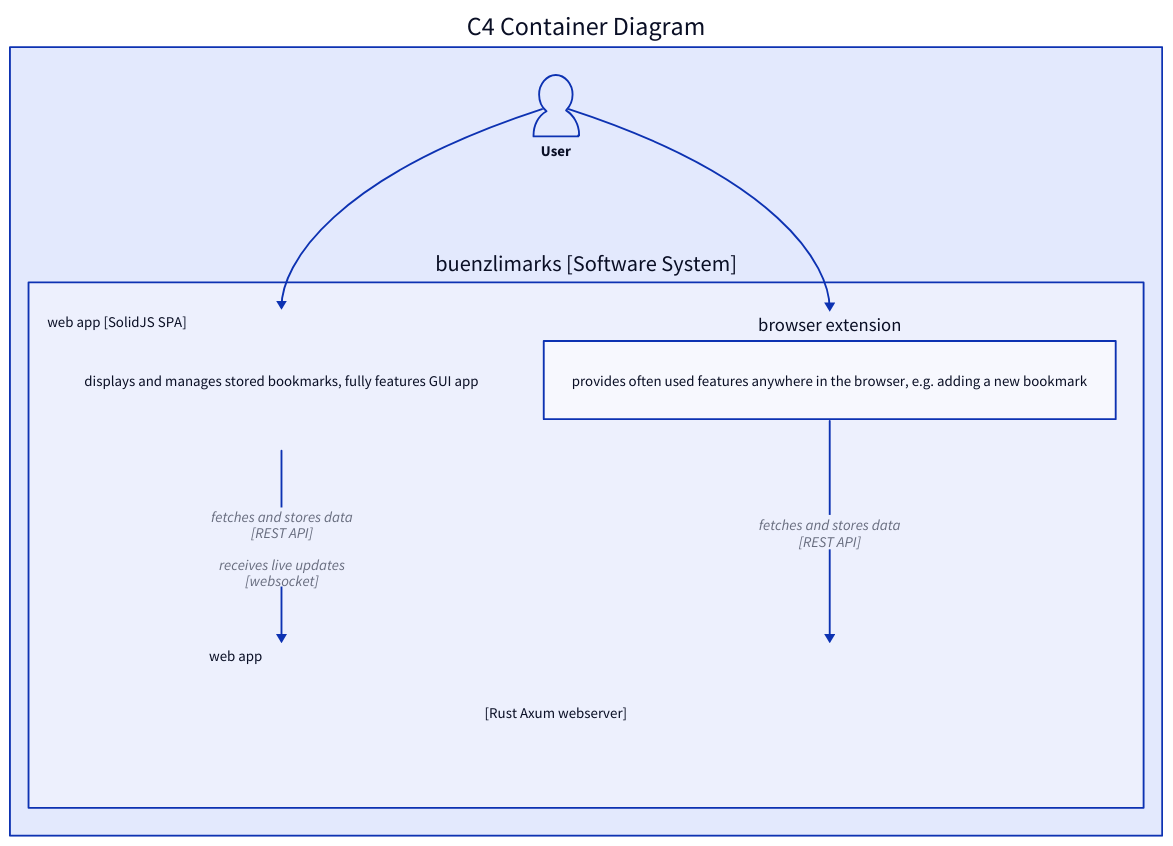
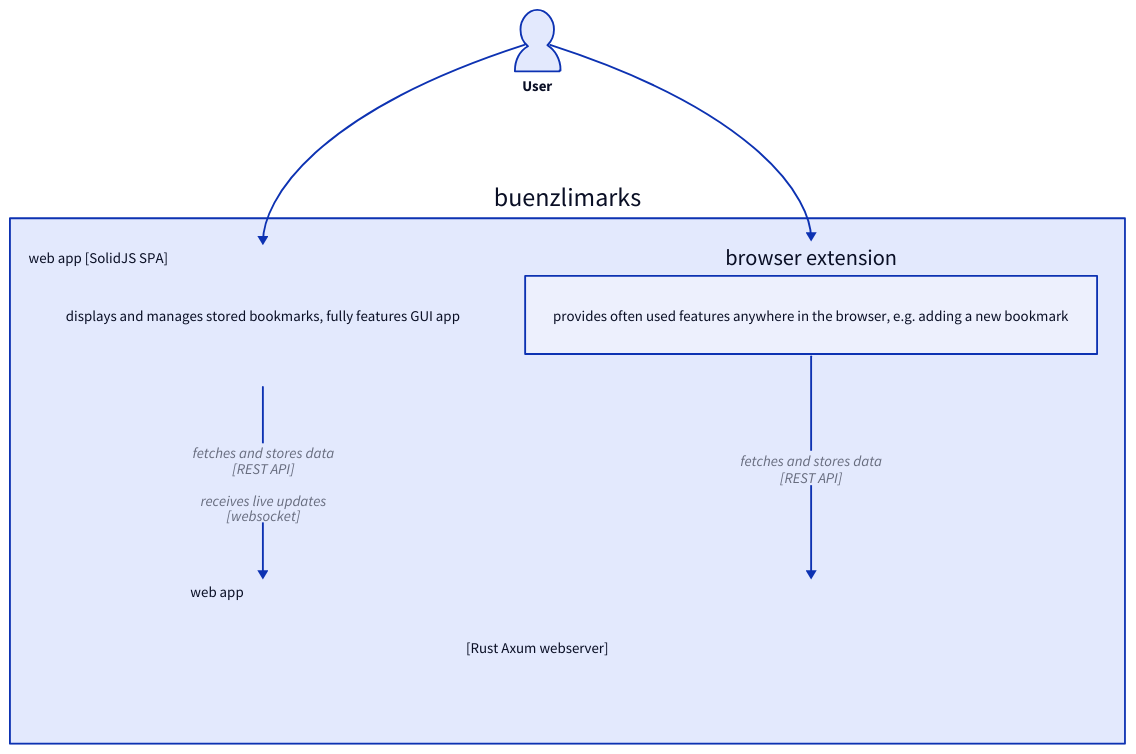
Before and after one commit to senekor/buenzlimarks: the diagram in docs/arc42/d2/container.d2, drawn with D2. The commit also changed 9 other files, not shown here.

Commit message:
improve diagrams

```diff
--- a/docs/arc42/d2/container.d2
+++ b/docs/arc42/d2/container.d2
@@ -1,56 +1,51 @@
-C4 Container Diagram: {
-  user: User
-  user.shape: person
+User.shape: person
 
-  user -> buenzlimarks.web app
-  user -> buenzlimarks.browser extension
+User -> buenzlimarks.web app
+User -> buenzlimarks.browser extension
 
-  buenzlimarks: {
-    label: "buenzlimarks [Software System]"
-
-    web app: {
-      label: |md
-        web app
-        [SolidJS SPA]
-      |
-      description: {
-        shape: text
-        label: |md
-          displays and manages
-          stored bookmarks,
-          fully features GUI app
-        |
-      }
-    }
-    browser extension.description: {
+buenzlimarks: {
+  web app: {
+    label: |md
+      web app
+      [SolidJS SPA]
+    |
+    description: {
       shape: text
       label: |md
-        provides often used features
-        anywhere in the browser,
-        e.g. adding a new bookmark
+        displays and manages
+        stored bookmarks,
+        fully features GUI app
       |
     }
+  }
+  browser extension.description: {
+    shape: text
+    label: |md
+      provides often used features
+      anywhere in the browser,
+      e.g. adding a new bookmark
+    |
+  }
 
-    web app -> api server: |md
-      fetches and stores data
-      [REST API]
+  web app -> api server: |md
+    fetches and stores data
+    [REST API]
 
-      receives live updates
-      [websocket]
-    |
-    browser extension -> api server: |md
+    receives live updates
+    [websocket]
+  |
+  browser extension -> api server: |md
     fetches and stores data
     [REST API]
   |
 
-    api server: {
-      label: |md
-        web app
-      |
-      description: {
-        shape: text
-        label: "[Rust Axum webserver]"
-      }
+  api server: {
+    label: |md
+      web app
+    |
+    description: {
+      shape: text
+      label: "[Rust Axum webserver]"
     }
   }
 }
```
